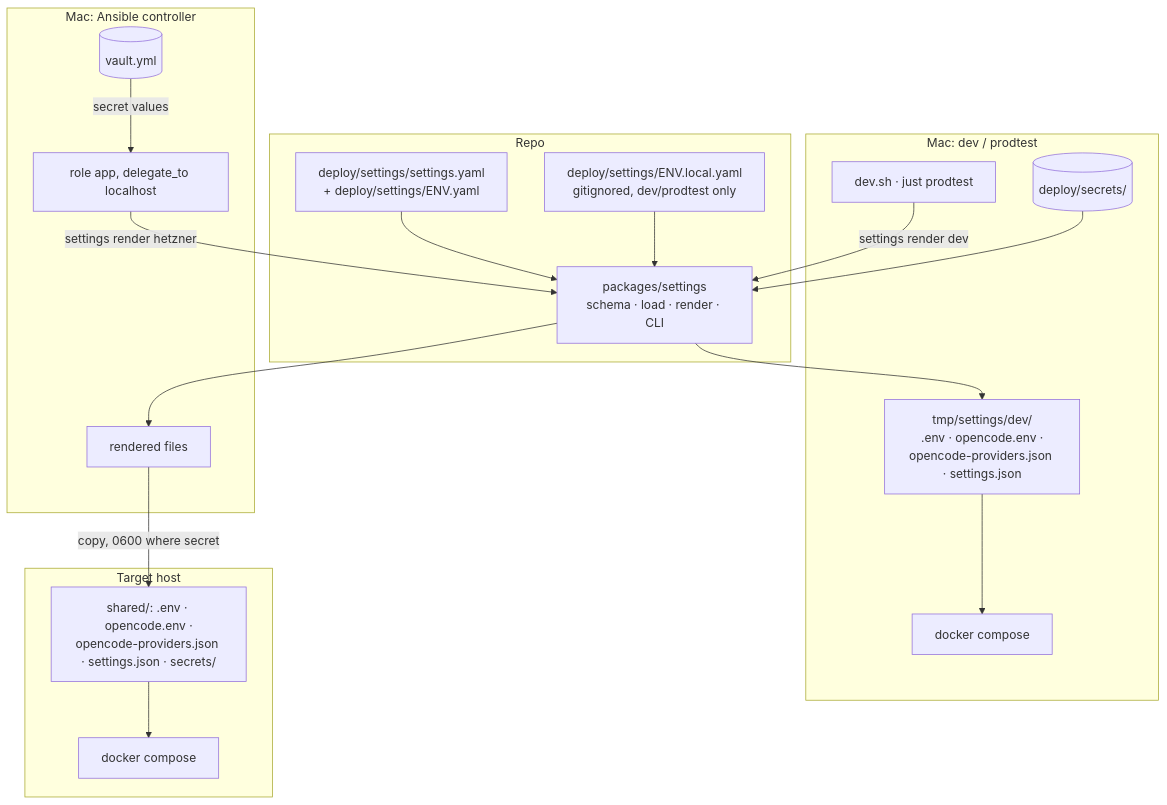
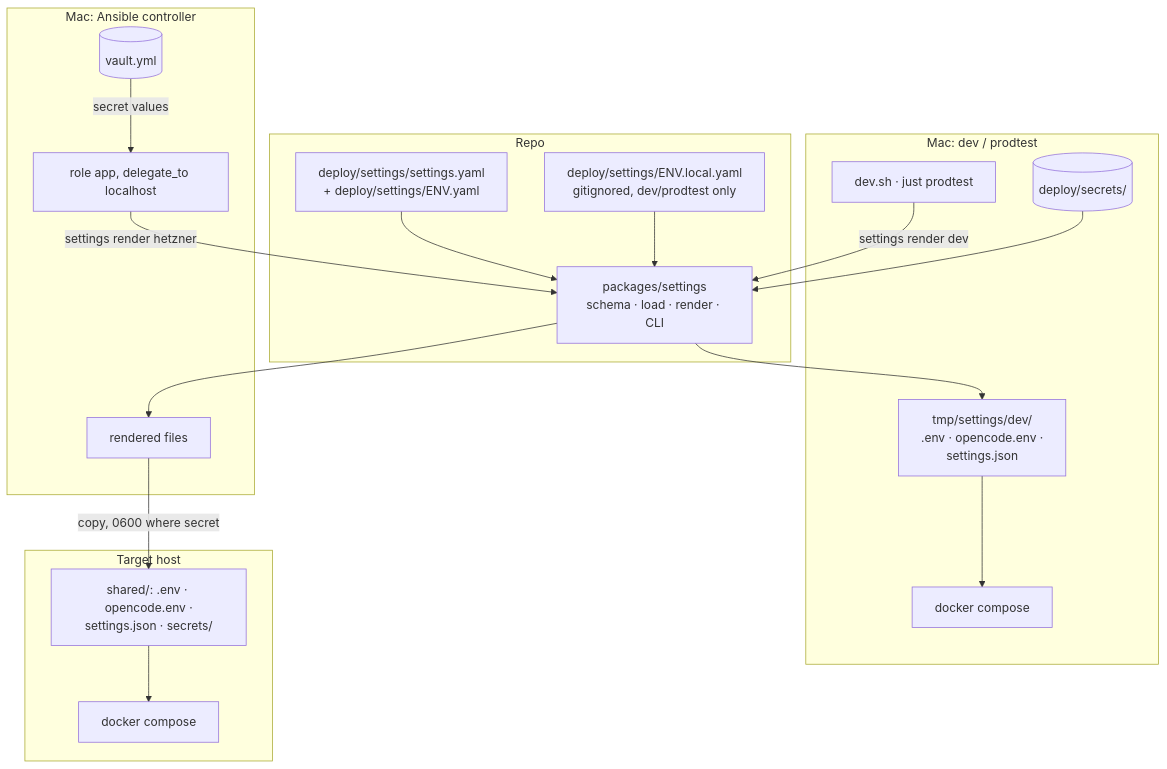
Before and after one commit to tillg/karpathy.app: the first of 3 diagrams in specs/changes/central-settings-yaml/architecture.md, drawn with Mermaid. The commit also changed other lines of this file and 17 other files, not shown here.

First line of the commit message:
central-settings-yaml: review fixes — providers via OPENCODE_CONFIG_CONTENT so a vault can't override ZDR

````diff
--- a/specs/changes/central-settings-yaml/architecture.md
+++ b/specs/changes/central-settings-yaml/architecture.md
@@ -14,26 +14,26 @@
 ```mermaid
 flowchart TB
   subgraph Repo
     SY[deploy/settings/settings.yaml<br/>+ deploy/settings/ENV.yaml]
     SL[deploy/settings/ENV.local.yaml<br/>gitignored, dev/prodtest only]
     PK[packages/settings<br/>schema · load · render · CLI]
   end
   subgraph Dev["Mac: dev / prodtest"]
     DS[dev.sh · just prodtest] -->|settings render dev| PK
     DSS[(deploy/secrets/)] --> PK
-    PK --> DO[tmp/settings/dev/<br/>.env · opencode.env ·<br/>opencode-providers.json · settings.json]
+    PK --> DO[tmp/settings/dev/<br/>.env · opencode.env ·<br/>settings.json]
     DO --> DC[docker compose]
   end
   subgraph Ctl["Mac: Ansible controller"]
     AV[(vault.yml)] -->|secret values| AR[role app, delegate_to localhost]
     AR -->|settings render hetzner| PK
     PK --> AO[rendered files]
   end
   subgraph Host["Target host"]
-    SH[shared/: .env · opencode.env ·<br/>opencode-providers.json · settings.json · secrets/]
+    SH[shared/: .env · opencode.env ·<br/>settings.json · secrets/]
     SH --> HC[docker compose]
   end
   AO -->|copy, 0600 where secret| SH
   SY --> PK
   SL --> PK
 ```
````
